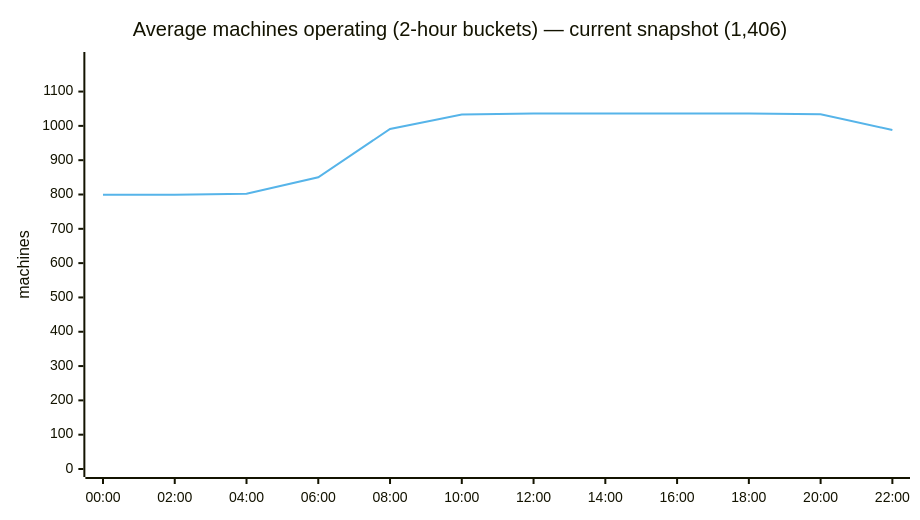
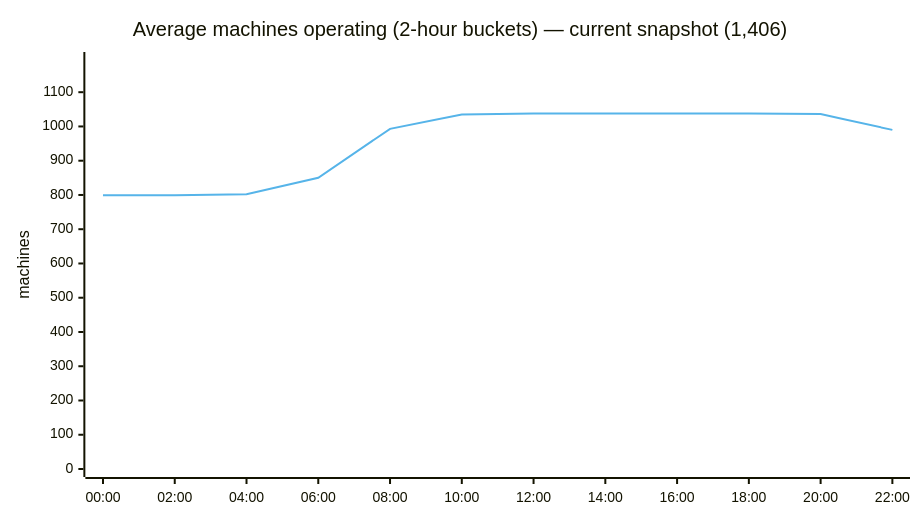
One commit to cheeaun/returnright-data changed the second of 5 diagrams in ANALYSIS.md. Above: the diagram before and after it, drawn with Mermaid. The commit also changed other lines of this file and 4 other files, not shown here.

````diff
--- a/ANALYSIS.md
+++ b/ANALYSIS.md
@@ -64,15 +64,15 @@
 ```mermaid
 ---
 config:
   themeVariables:
     xyChart:
       plotColorPalette: "#56B4E9"
   xyChart:
     width: 900
 ---
 xychart-beta
     title "Average machines operating (2-hour buckets) — current snapshot (1,406)"
     x-axis ["00:00", "02:00", "04:00", "06:00", "08:00", "10:00", "12:00", "14:00", "16:00", "18:00", "20:00", "22:00"]
-    y-axis "machines" 0 --> 1192
-    line [799, 799, 802, 850, 991, 1033, 1036, 1036, 1036, 1036, 1034, 988]
+    y-axis "machines" 0 --> 1194
+    line [799, 799, 802, 850, 993, 1035, 1038, 1038, 1038, 1038, 1036, 990]
 ```
````
